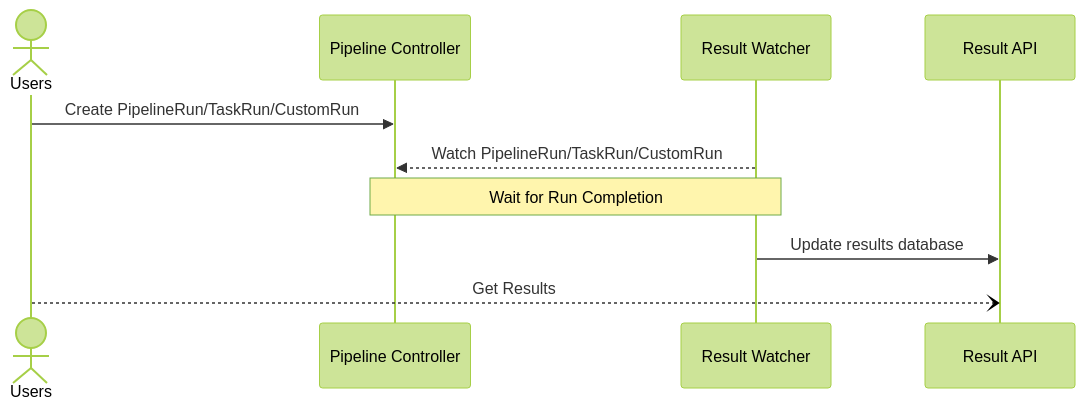
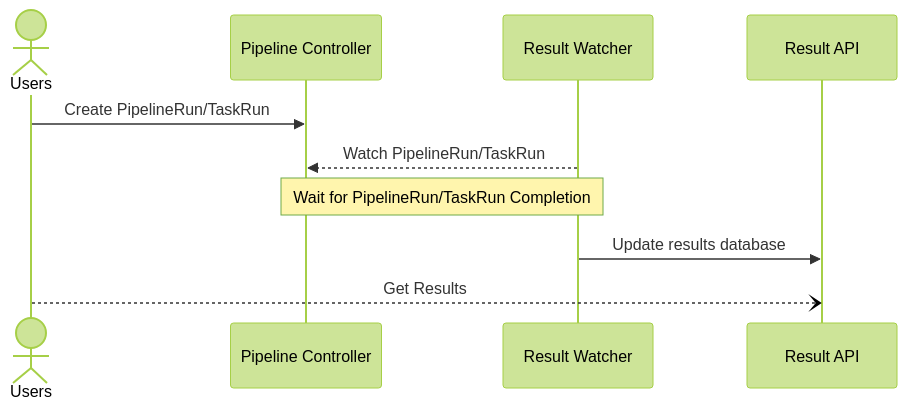
One commit to openshift-pipelines/tektoncd-results changed the first of 2 diagrams in upstream/docs/README.md. Above: the diagram before and after it, drawn with Mermaid (forest theme). The commit also changed other lines of this file and 6018 other files, not shown here.

````diff
--- a/upstream/docs/README.md
+++ b/upstream/docs/README.md
@@ -47,12 +54,12 @@
 ```mermaid
 sequenceDiagram
   actor U as Users
   participant PC as Pipeline Controller
   participant RW as Result Watcher
   participant RA as Result API
-  U->>PC: Create PipelineRun/TaskRun/CustomRun
-  RW-->>PC: Watch PipelineRun/TaskRun/CustomRun
-  Note over PC,RW: Wait for Run Completion
+  U->>PC: Create PipelineRun/TaskRun
+  RW-->>PC: Watch PipelineRun/TaskRun
+  Note over PC,RW: Wait for PipelineRun/TaskRun Completion
   RW->>RA: Update results database
   U--)RA: Get Results
 ```
````
